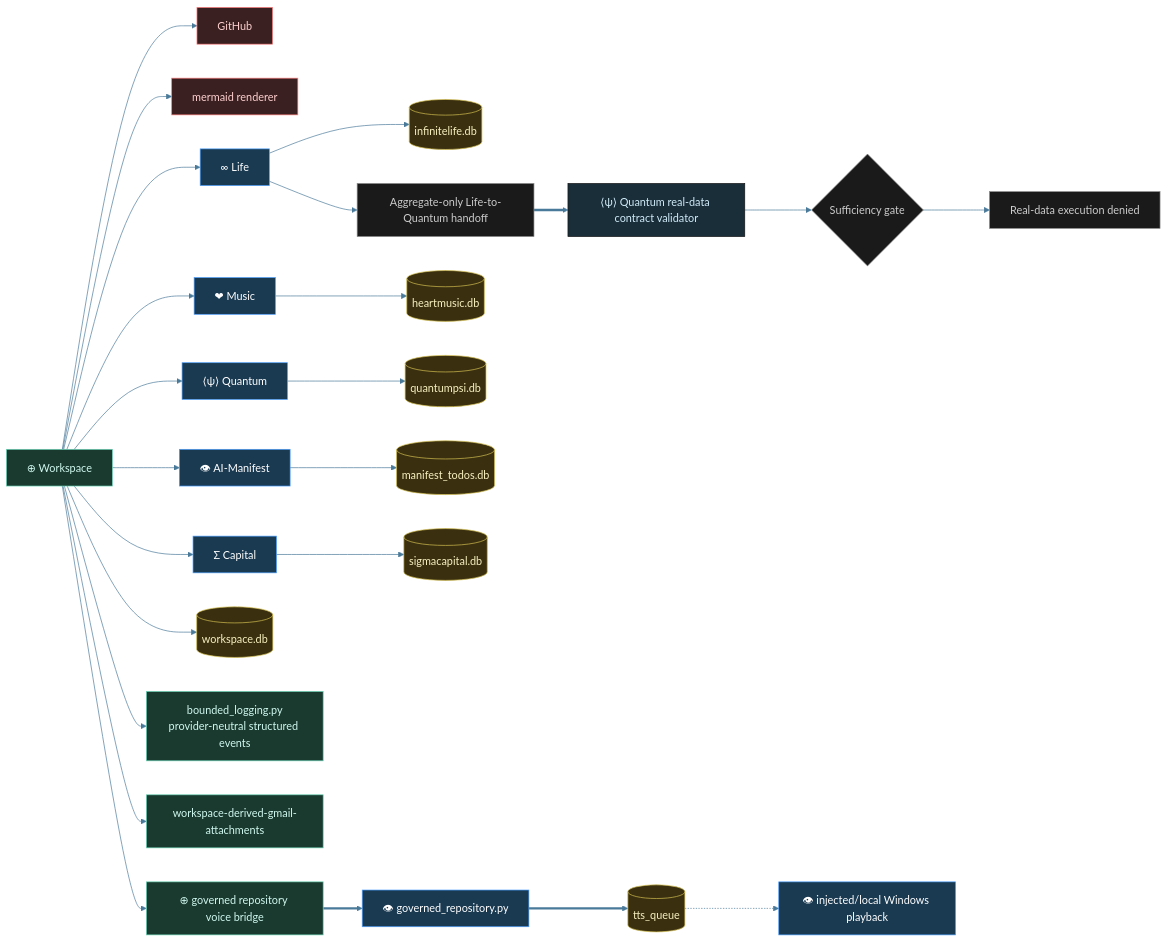
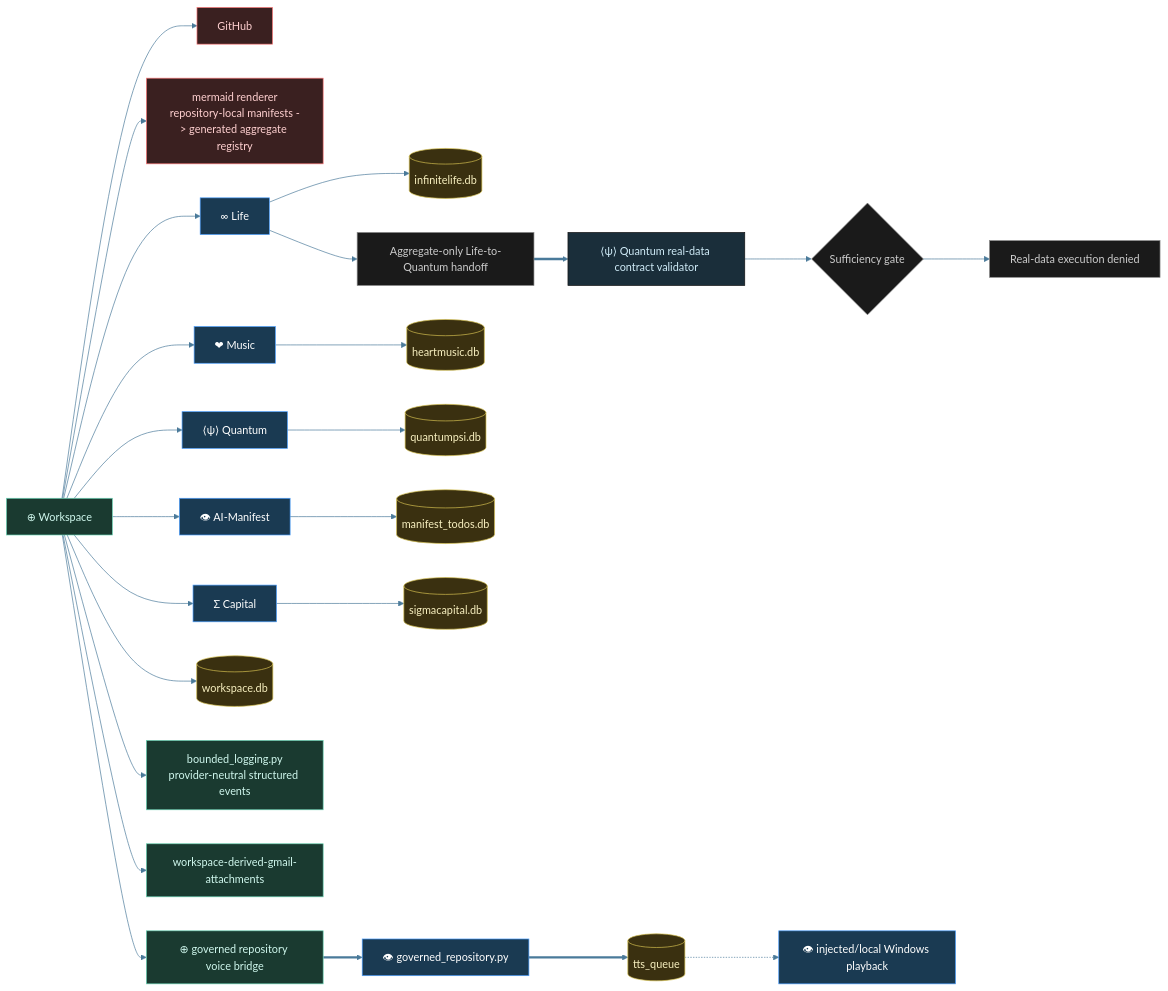
One commit to tylerdrakemusic/-Workspace changed the diagram in diagrams/workspace-integrations.mmd. Above: the diagram before and after it, drawn with Mermaid.

Commit message:
fix: document federated registry in integrations diagram

```diff
--- a/diagrams/workspace-integrations.mmd
+++ b/diagrams/workspace-integrations.mmd
@@ -1,42 +1,42 @@
 %%{init: {'theme': 'base', 'themeVariables': {'primaryColor': '#1a2e3a', 'primaryTextColor': '#d0ecf8', 'edgeLabelBackground': '#0f1318', 'lineColor': '#4a7a9a'}}}%%
 %% is_derived_view=false
 %% Traceability.derived_views: diagrams/workspace-derived-services.mmd, diagrams/workspace-derived-backup-and-coordination.mmd, diagrams/workspace-derived-gmail-attachments.mmd
 graph LR
     Workspace[⊕ Workspace] --> GitHub[GitHub]
-    Workspace --> Mermaid[mermaid renderer]
+    Workspace --> Mermaid[mermaid renderer<br/>repository-local manifests -> generated aggregate registry]
     Workspace --> Life[∞ Life]
     Workspace --> Music[❤ Music]
     Workspace --> Quantum[⟨ψ⟩ Quantum]
     Workspace --> Manifest[👁 AI-Manifest]
     Workspace --> Capital[Σ Capital]
     Workspace --> WSDB[(workspace.db)]
     Workspace --> BoundedLogging[bounded_logging.py<br/>provider-neutral structured events]
     Workspace --> GmailAttachments[workspace-derived-gmail-attachments]
     Workspace --> OverseerAlert[⊕ governed repository voice bridge]
     OverseerAlert ==> ManifestAlertCapability[👁 governed_repository.py]
     ManifestAlertCapability ==> TTSQueue[(tts_queue)]
     TTSQueue -.-> LocalPlayback[👁 injected/local Windows playback]
     Life --> LifeDB[(infinitelife.db)]
     Music --> MusicDB[(heartmusic.db)]
     Quantum --> QDB[(quantumpsi.db)]
     Manifest --> ManifestDB[(manifest_todos.db)]
     Capital --> CapitalDB[(sigmacapital.db)]
     Life --> AggregateHandoff[Aggregate-only Life-to-Quantum handoff]
     AggregateHandoff ==> QuantumValidator[⟨ψ⟩ Quantum real-data contract validator]
     QuantumValidator --> SufficiencyGate{Sufficiency gate}
     SufficiencyGate --> ExecutionDenied[Real-data execution denied]
     class Workspace,GmailAttachments,BoundedLogging,OverseerAlert ws
     class Life,Music,Quantum,Manifest,Capital orch
     class ManifestAlertCapability,LocalPlayback orch
     class AggregateHandoff,SufficiencyGate,ExecutionDenied state
     class GitHub,Mermaid ext
     class WSDB,LifeDB,MusicDB,QDB,ManifestDB,CapitalDB,TTSQueue db
 classDef life     fill:#1a2e3a,stroke:#6ab4d4,color:#d0ecf8
 classDef music    fill:#3a1a24,stroke:#d47a8f,color:#f8d0dc
 classDef quantum  fill:#251a3a,stroke:#a07adf,color:#e8d0f8
 classDef manifest fill:#3a2e1a,stroke:#d4a96a,color:#f8ead0
 classDef ws       fill:#1a3a30,stroke:#6ad4b4,color:#d0f8ee
 classDef orch     fill:#1a3a52,stroke:#4a9eff,color:#fff
 classDef ext      fill:#3a2020,stroke:#ff7a7a,color:#ffd0d0
 classDef db       fill:#3a3010,stroke:#d4c050,color:#f8f0c0
 classDef state    fill:#1a1a1a,stroke:#888888,color:#cccccc
```
